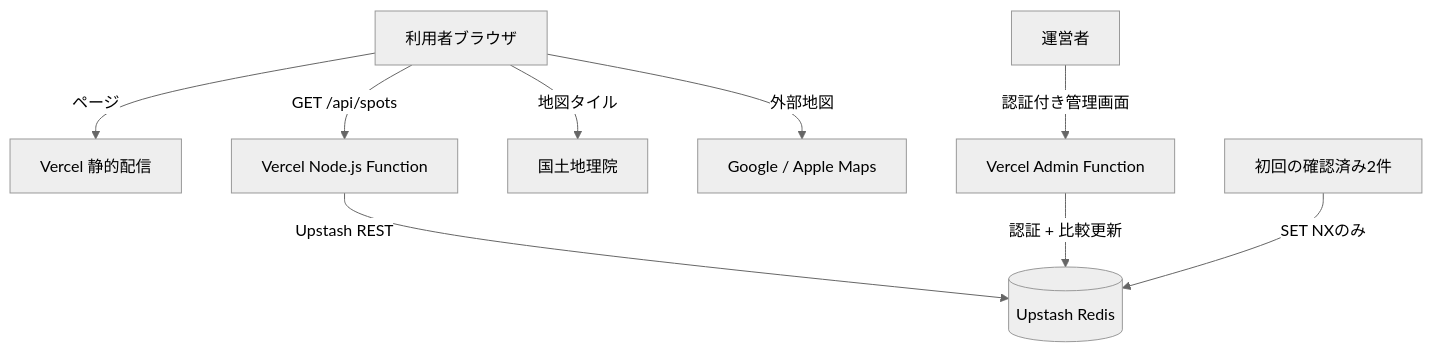
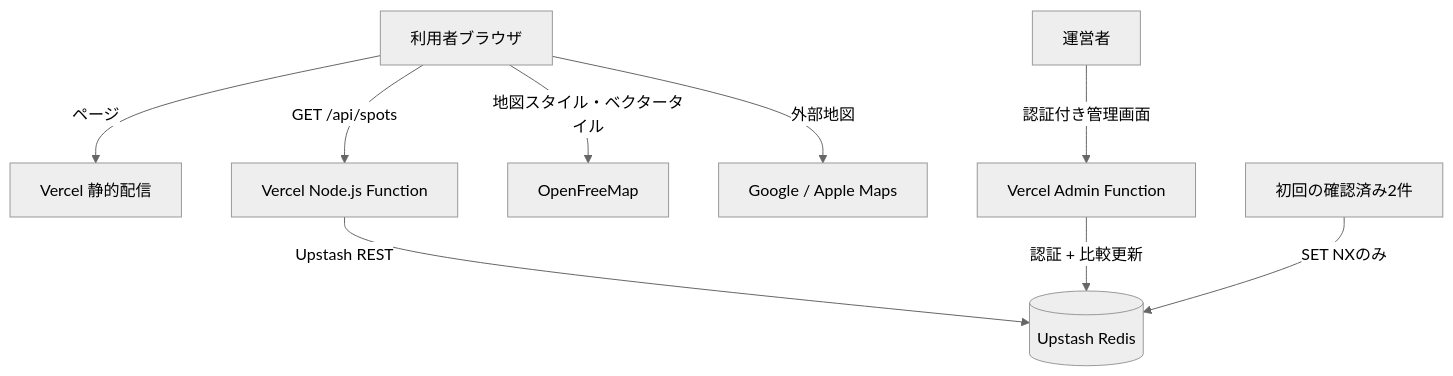
Before and after one commit to suzaking/lespot: the diagram in docs/ARCHITECTURE.md, drawn with Mermaid (neutral theme). The commit also changed other lines of this file and 28 other files, not shown here.

Commit message:
feat: switch basemap to road-only OpenFreeMap

````diff
--- a/docs/ARCHITECTURE.md
+++ b/docs/ARCHITECTURE.md
@@ -5,11 +5,11 @@
 ```mermaid
 flowchart TD
  U[利用者ブラウザ] -->|ページ| V[Vercel 静的配信]
  U -->|GET /api/spots| R[Vercel Node.js Function]
  R -->|Upstash REST| DB[(Upstash Redis)]
- U -->|地図タイル| G[国土地理院]
+ U -->|地図スタイル・ベクタータイル| G[OpenFreeMap]
  U -->|外部地図| M[Google / Apple Maps]
  O[運営者] -->|認証付き管理画面| A[Vercel Admin Function]
  A -->|認証 + 比較更新| DB
  B[初回の確認済み2件] -->|SET NXのみ| DB
 ```
````
